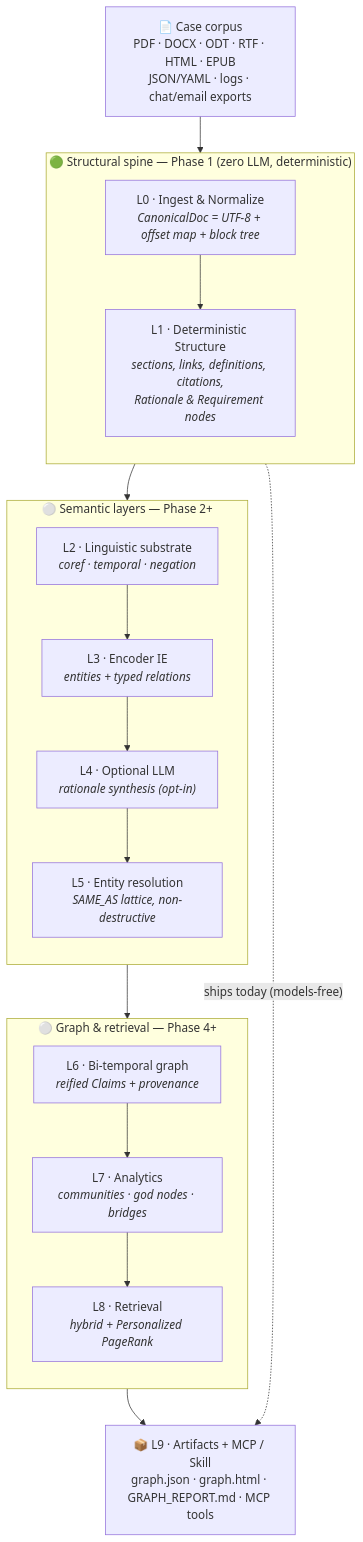
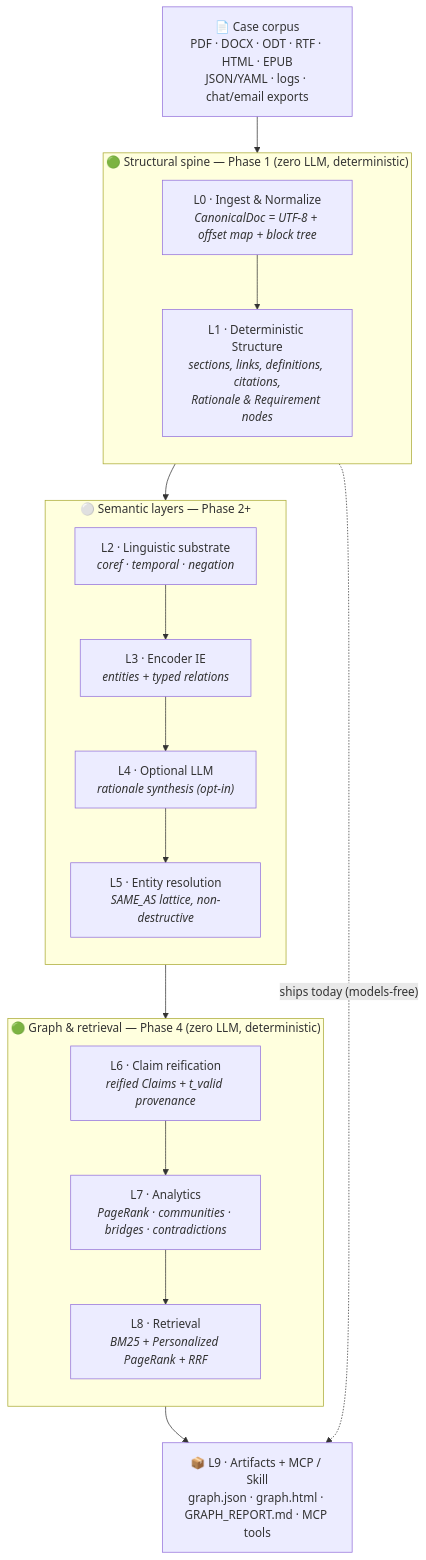
The first of 5 diagrams in README.md (krishddd/Wiki_textgraph), drawn with Mermaid before and after one commit. The commit also changed other lines of this file and 32 other files, not shown here.

First line of the commit message:
Phase 4: Retrieval (L6+L7+L8+MCP) — the graph becomes queryable

````diff
--- a/README.md
+++ b/README.md
@@ -70,36 +75,36 @@
 ```mermaid
 flowchart TD
     IN["📄 Case corpus<br/>PDF · DOCX · ODT · RTF · HTML · EPUB<br/>JSON/YAML · logs · chat/email exports"]
 
     subgraph SPINE["🟢 Structural spine — Phase 1 (zero LLM, deterministic)"]
         direction TB
         L0["L0 · Ingest &amp; Normalize<br/><i>CanonicalDoc = UTF-8 + offset map + block tree</i>"]
         L1["L1 · Deterministic Structure<br/><i>sections, links, definitions, citations,<br/>Rationale &amp; Requirement nodes</i>"]
         L0 --> L1
     end
 
     subgraph SEM["⚪ Semantic layers — Phase 2+"]
         direction TB
         L2["L2 · Linguistic substrate<br/><i>coref · temporal · negation</i>"]
         L3["L3 · Encoder IE<br/><i>entities + typed relations</i>"]
         L4["L4 · Optional LLM<br/><i>rationale synthesis (opt-in)</i>"]
         L5["L5 · Entity resolution<br/><i>SAME_AS lattice, non-destructive</i>"]
         L2 --> L3 --> L4 --> L5
     end
 
-    subgraph RETR["⚪ Graph &amp; retrieval — Phase 4+"]
+    subgraph RETR["🟢 Graph &amp; retrieval — Phase 4 (zero LLM, deterministic)"]
         direction TB
-        L6["L6 · Bi-temporal graph<br/><i>reified Claims + provenance</i>"]
-        L7["L7 · Analytics<br/><i>communities · god nodes · bridges</i>"]
-        L8["L8 · Retrieval<br/><i>hybrid + Personalized PageRank</i>"]
+        L6["L6 · Claim reification<br/><i>reified Claims + t_valid provenance</i>"]
+        L7["L7 · Analytics<br/><i>PageRank · communities · bridges · contradictions</i>"]
+        L8["L8 · Retrieval<br/><i>BM25 + Personalized PageRank + RRF</i>"]
         L6 --> L7 --> L8
     end
 
     L9["📦 L9 · Artifacts + MCP / Skill<br/>graph.json · graph.html · GRAPH_REPORT.md · MCP tools"]
 
     IN --> L0
     L1 --> L2
     L5 --> L6
     L8 --> L9
     L1 -.->|"ships today (models-free)"| L9
 ```
````
